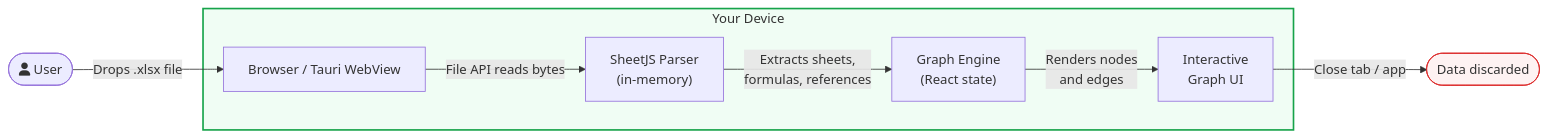
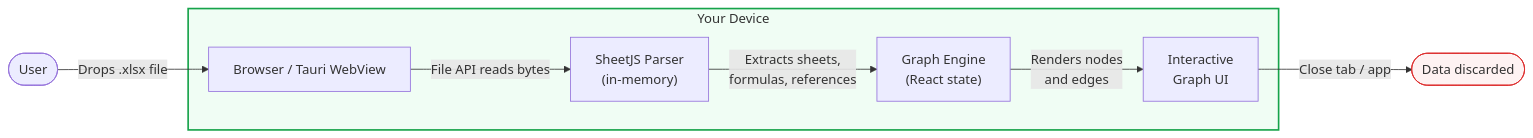
One commit to bizbrf/tangle changed the first of 4 diagrams in SECURITY.md. Above: the diagram before and after it, drawn with Mermaid.

Commit message:
fix(security): remove unsupported fa:fa-user Font Awesome icon from SECURITY.md Mermaid diagram

````diff
--- a/SECURITY.md
+++ b/SECURITY.md
@@ -29,15 +29,15 @@
 ```mermaid
 flowchart LR
-    User([fa:fa-user User]) -->|Drops .xlsx file| Browser[Browser / Tauri WebView]
+    User([User]) -->|Drops .xlsx file| Browser[Browser / Tauri WebView]
 
     subgraph LOCAL ["Your Device"]
         Browser -->|File API reads bytes| Parser["SheetJS Parser\n(in-memory)"]
         Parser -->|Extracts sheets,\nformulas, references| GraphEngine["Graph Engine\n(React state)"]
         GraphEngine -->|Renders nodes\nand edges| UI["Interactive\nGraph UI"]
     end
 
     UI -->|Close tab / app| Gone([Data discarded])
 
     style LOCAL fill:#f0fdf4,stroke:#16a34a,stroke-width:2px
     style Gone fill:#fef2f2,stroke:#dc2626
 ```
````
